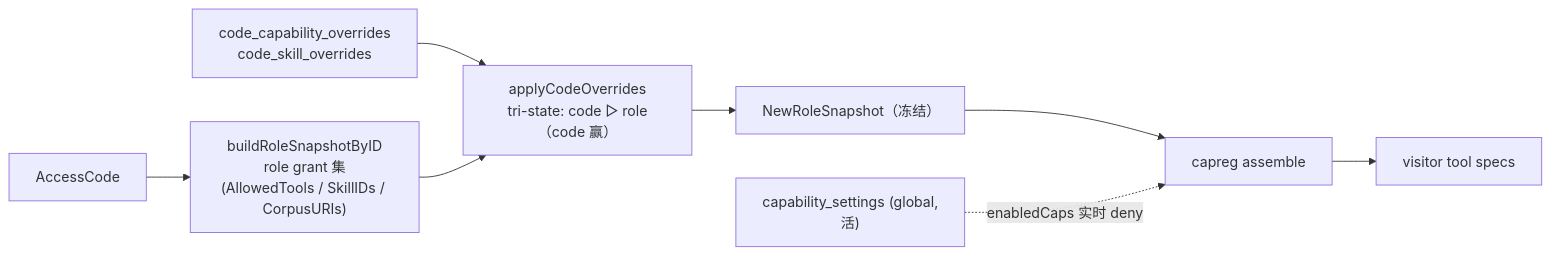
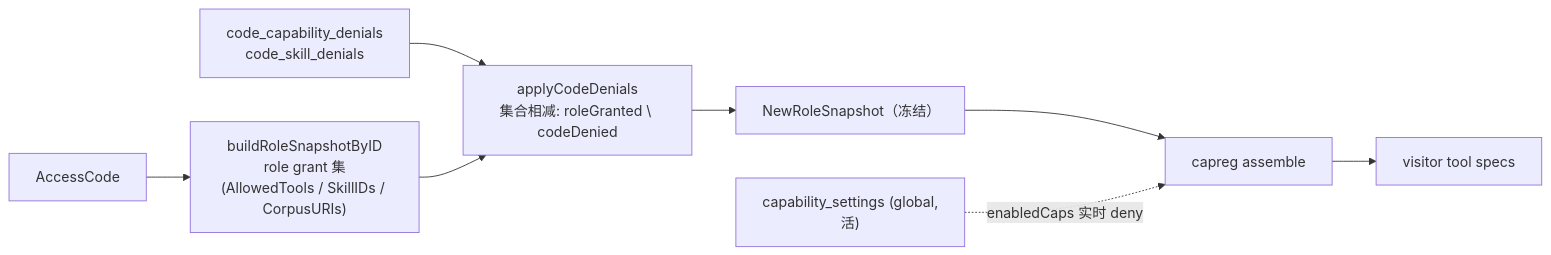
Before and after one commit to atmaxmoj/standmeet: the diagram in docs/design/capability-acl-hierarchy.md, drawn with Mermaid. The commit also changed other lines of this file and 10 other files, not shown here.

First line of the commit message:
test(acl): red-first suite for the global/role/code capability ACL hierarchy

````diff
--- a/docs/design/capability-acl-hierarchy.md
+++ b/docs/design/capability-acl-hierarchy.md
@@ -128,10 +130,10 @@
 ```mermaid
 flowchart LR
   code["AccessCode"] --> roleGrant["buildRoleSnapshotByID<br/>role grant 集<br/>(AllowedTools / SkillIDs / CorpusURIs)"]
-  ovr["code_capability_overrides<br/>code_skill_overrides"] --> merge
-  roleGrant --> merge["applyCodeOverrides<br/>tri-state: code ▷ role（code 赢）"]
+  ovr["code_capability_denials<br/>code_skill_denials"] --> merge
+  roleGrant --> merge["applyCodeDenials<br/>集合相减: roleGranted \ codeDenied"]
   merge --> snap["NewRoleSnapshot（冻结）"]
   snap --> gate["capreg assemble"]
   gset["capability_settings (global,活)"] -.->|enabledCaps 实时 deny| gate
   gate --> tools["visitor tool specs"]
 ```
````
